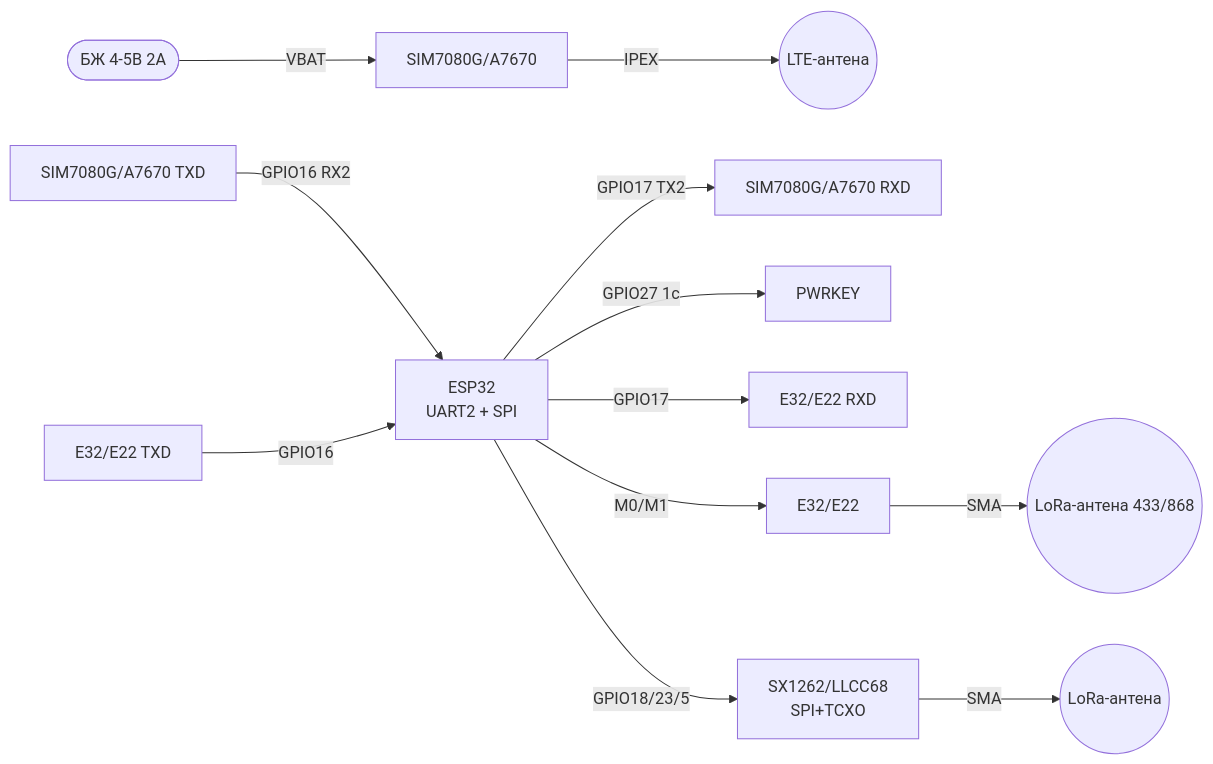
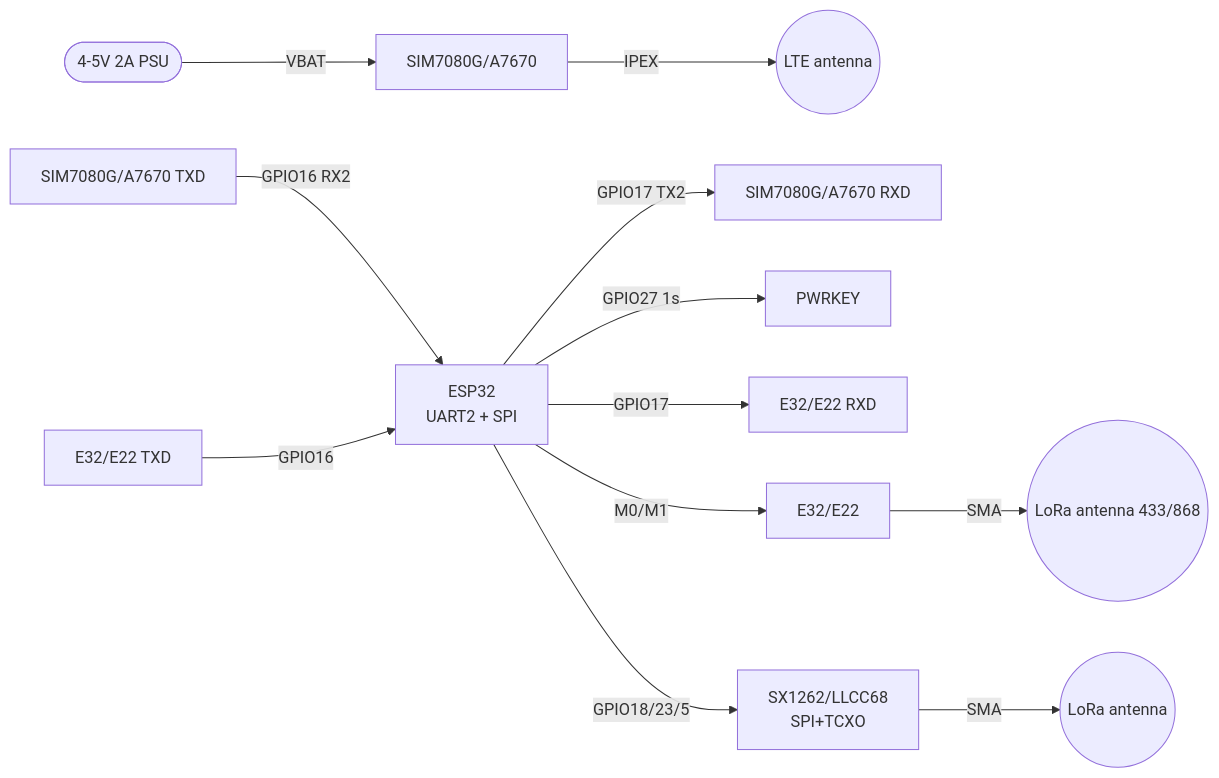
One commit to ksalab/embedded-reference changed the diagram in obsidian_vault/ESP32-Reference/EN/12-Comm-Modules/09-Cellular-NBIoT-UARTLoRa.en.md. Above: the diagram before and after it, drawn with Mermaid. The commit also changed other lines of this file and 76 other files, not shown here.

````diff
--- a/obsidian_vault/ESP32-Reference/EN/12-Comm-Modules/09-Cellular-NBIoT-UARTLoRa.en.md
+++ b/obsidian_vault/ESP32-Reference/EN/12-Comm-Modules/09-Cellular-NBIoT-UARTLoRa.en.md
@@ -207,15 +207,15 @@
 ```mermaid
 graph LR
   ESP32["ESP32<br/>UART2 + SPI"]
   ESP32 -->|GPIO17 TX2| CRX["SIM7080G/A7670 RXD"]
   CTX["SIM7080G/A7670 TXD"] -->|GPIO16 RX2| ESP32
-  ESP32 -->|GPIO27 1с| PWR["PWRKEY"]
-  PSU1(["БЖ 4-5В 2А"]) -->|VBAT| CELL["SIM7080G/A7670"]
-  CELL -->|IPEX| ANT1((LTE-антена))
+  ESP32 -->|GPIO27 1s| PWR["PWRKEY"]
+  PSU1(["4-5V 2A PSU"]) -->|VBAT| CELL["SIM7080G/A7670"]
+  CELL -->|IPEX| ANT1((LTE antenna))
   ESP32 -->|GPIO17| ERX["E32/E22 RXD"]
   ETX["E32/E22 TXD"] -->|GPIO16| ESP32
   ESP32 -->|M0/M1| E32["E32/E22"]
-  E32 -->|SMA| ANT2((LoRa-антена 433/868))
+  E32 -->|SMA| ANT2((LoRa antenna 433/868))
   ESP32 -->|GPIO18/23/5| SX["SX1262/LLCC68<br/>SPI+TCXO"]
-  SX -->|SMA| ANT3((LoRa-антена))
+  SX -->|SMA| ANT3((LoRa antenna))
 ```
````
